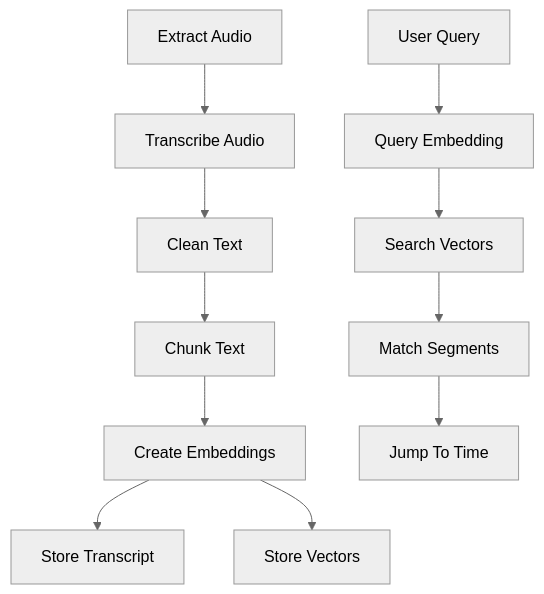
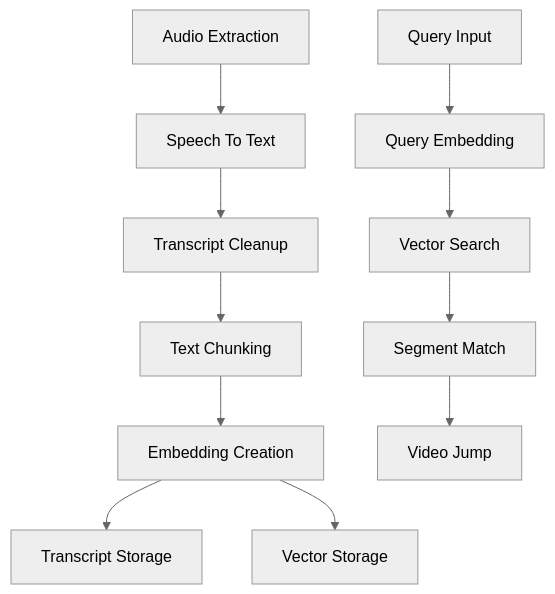
One commit to kishoredb/kishoredb-research changed the diagram in diagrams/aegis-architecture.md. Above: the diagram before and after it, drawn with Mermaid (neutral theme).

````diff
--- a/diagrams/aegis-architecture.md
+++ b/diagrams/aegis-architecture.md
@@ -1,23 +1,23 @@
 ```mermaid
 flowchart TD
 
-    A1[Extract Audio]
-    A2[Transcribe Audio]
-    A3[Clean Text]
-    A4[Chunk Text]
-    A5[Create Embeddings]
-    A6[Store Transcript]
-    A7[Store Vectors]
+    A1[Audio Extraction]
+    A2[Speech To Text]
+    A3[Transcript Cleanup]
+    A4[Text Chunking]
+    A5[Embedding Creation]
+    A6[Transcript Storage]
+    A7[Vector Storage]
 
-    Q1[User Query]
+    Q1[Query Input]
     Q2[Query Embedding]
-    Q3[Search Vectors]
-    Q4[Match Segments]
-    Q5[Jump To Time]
+    Q3[Vector Search]
+    Q4[Segment Match]
+    Q5[Video Jump]
 
     A1 --> A2 --> A3 --> A4 --> A5
     A5 --> A6
     A5 --> A7
 
     Q1 --> Q2 --> Q3 --> Q4 --> Q5
 ```
````
